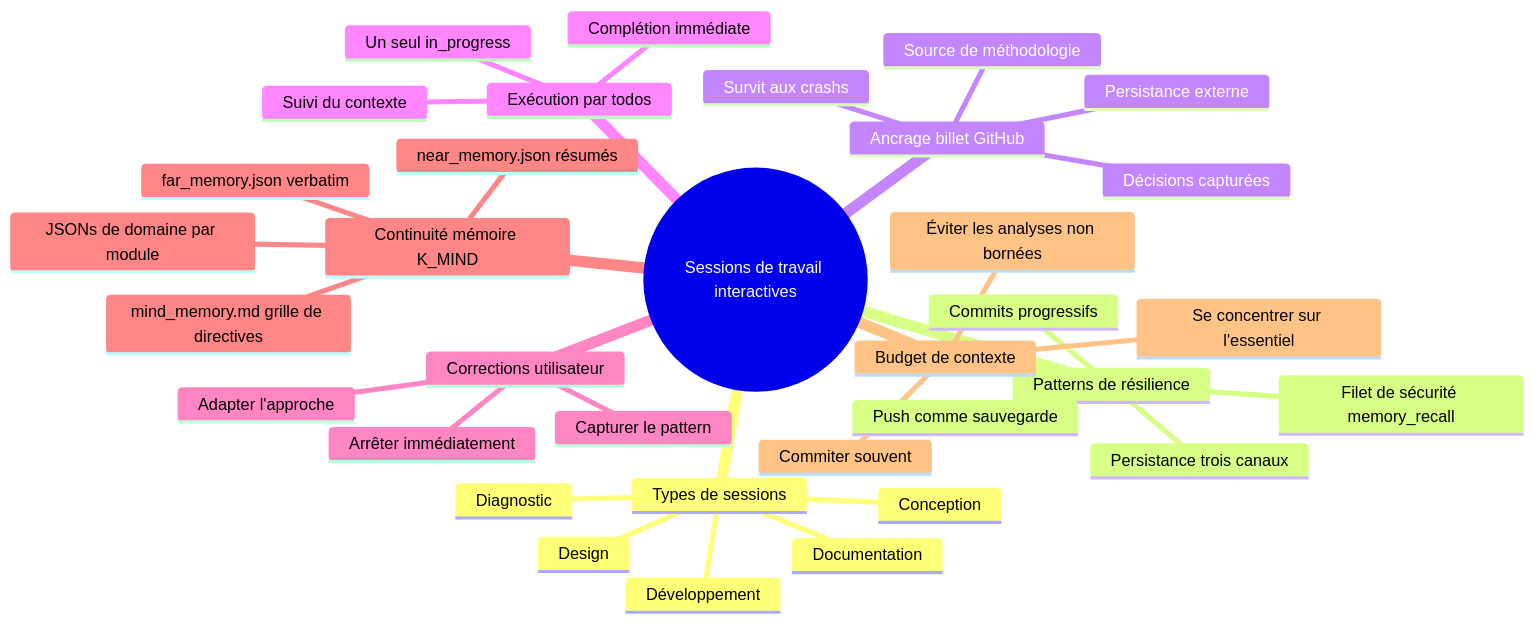
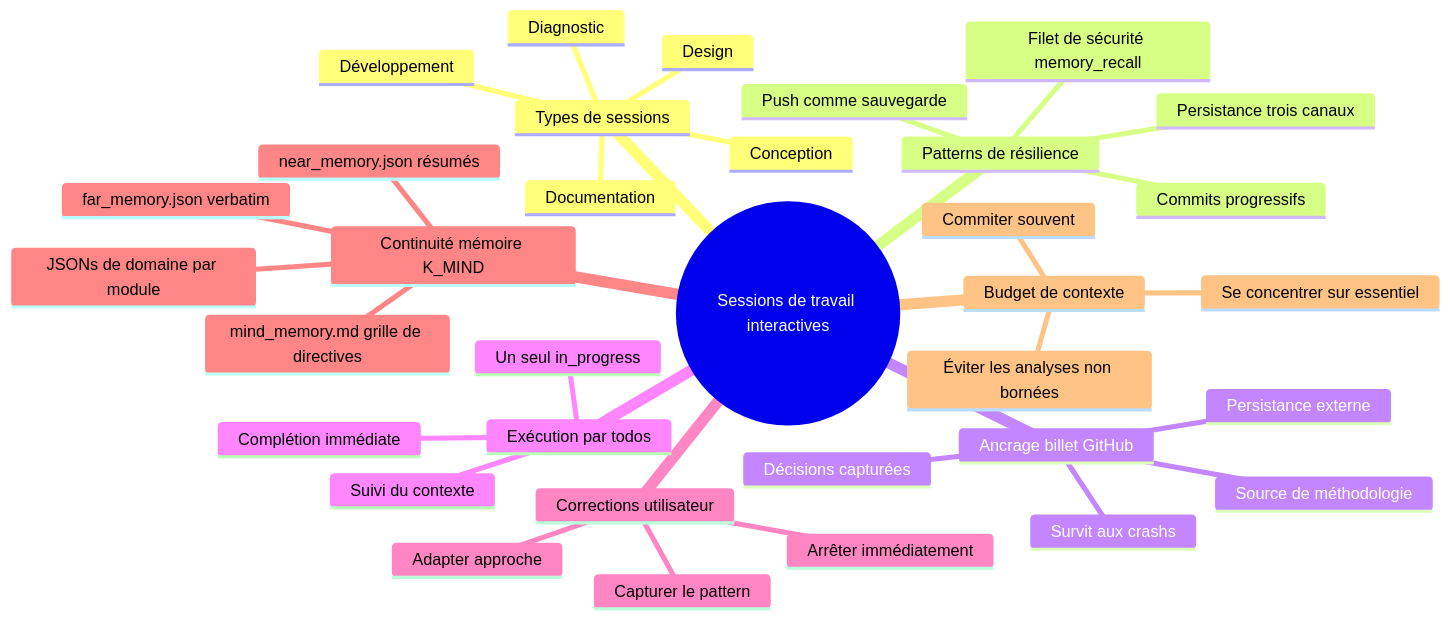
Before and after one commit to packetqc/K_DOCS: the first of 2 diagrams in docs/fr/publications/interactive-work-sessions/full/index.md, drawn with Mermaid. The commit also changed 5 other files, not shown here.

Commit message:
docs: main-interface full v2 + live-mindmap + interactive-work-sessions updates

````diff
--- a/docs/fr/publications/interactive-work-sessions/full/index.md
+++ b/docs/fr/publications/interactive-work-sessions/full/index.md
@@ -54,37 +54,37 @@
 ```mermaid
 mindmap
   root((Sessions de travail interactives))
     Types de sessions
       Diagnostic
       Documentation
       Design
       Développement
       Conception
     Patterns de résilience
       Commits progressifs
       Push comme sauvegarde
       Persistance trois canaux
       Filet de sécurité memory_recall
     Ancrage billet GitHub
       Persistance externe
       Décisions capturées
       Source de méthodologie
       Survit aux crashs
     Exécution par todos
       Un seul in_progress
       Complétion immédiate
       Suivi du contexte
     Corrections utilisateur
       Arrêter immédiatement
-      Adapter l'approche
+      Adapter approche
       Capturer le pattern
     Continuité mémoire K_MIND
       mind_memory.md grille de directives
       near_memory.json résumés
       far_memory.json verbatim
       JSONs de domaine par module
     Budget de contexte
-      Se concentrer sur l'essentiel
+      Se concentrer sur essentiel
       Éviter les analyses non bornées
       Commiter souvent
 ```
````
